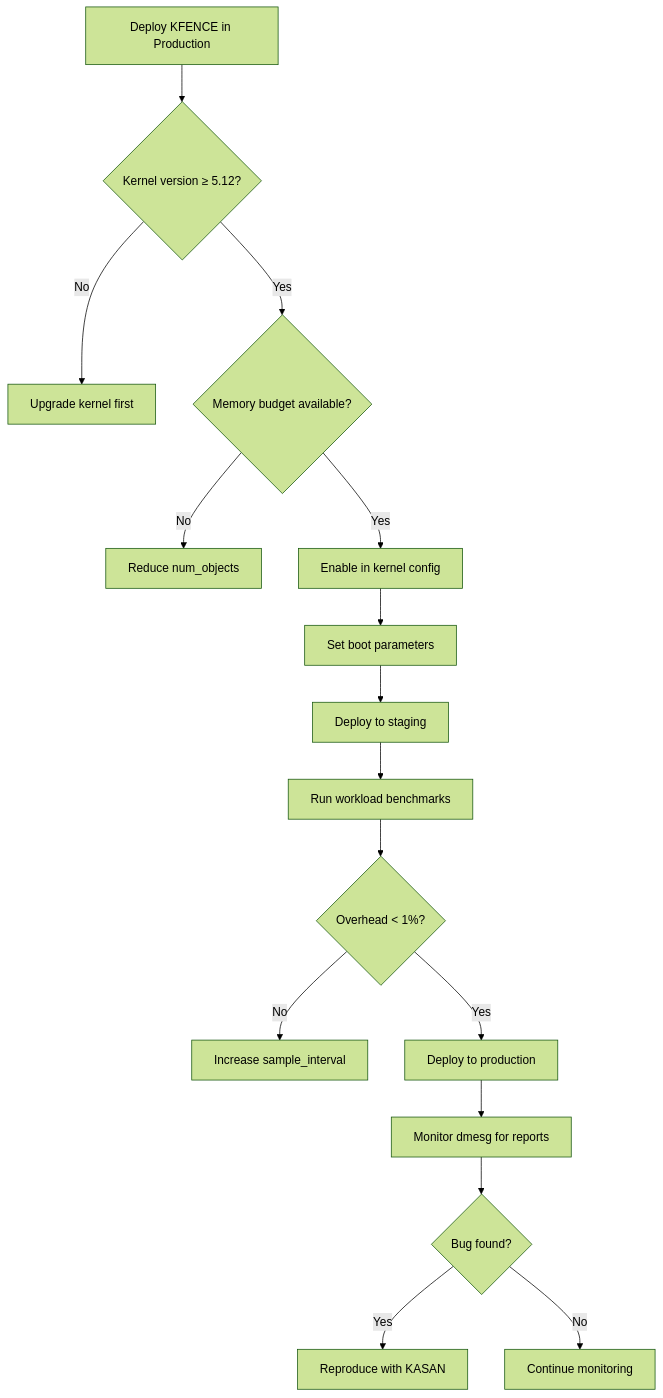
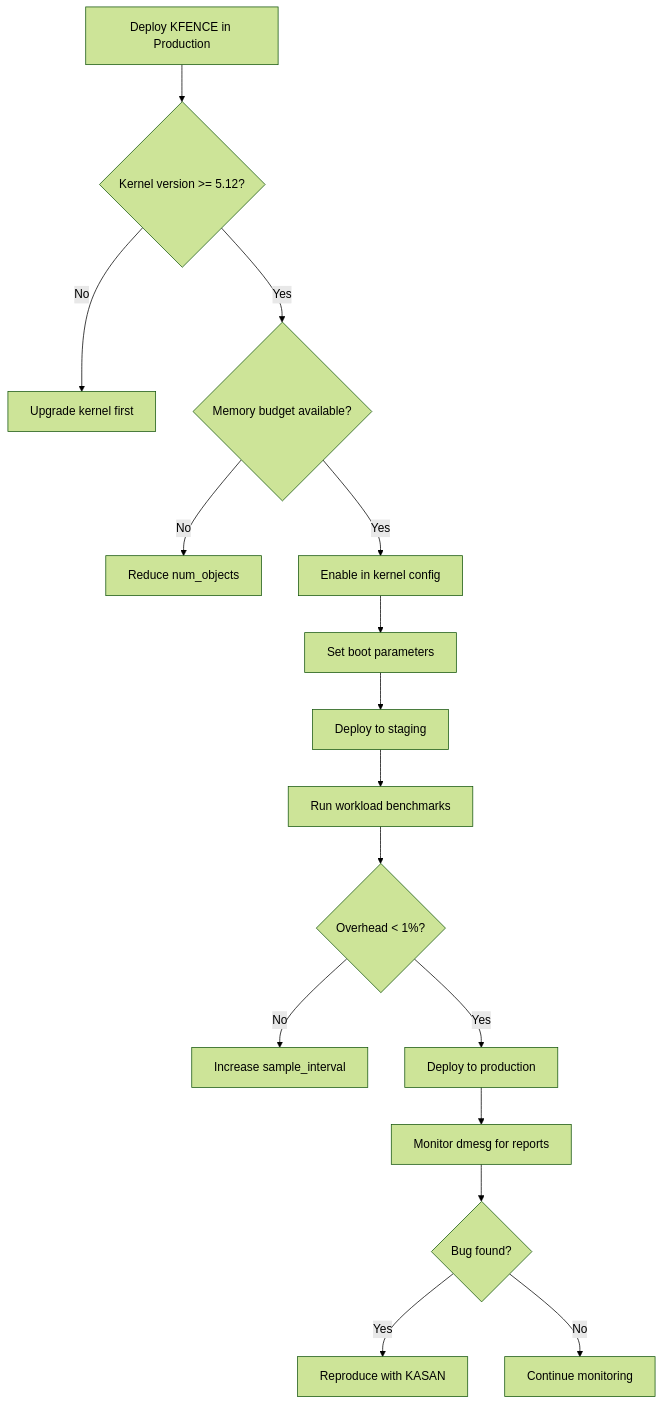
One commit to Abhinav-Kumar012/lb2 changed the fourth of 5 diagrams in src/debugging/kfence.md. Above: the diagram before and after it, drawn with Mermaid (forest theme). The commit also changed 1 other file, not shown here.

Commit message:
fix: mermaid syntax - containers/debugging/embedded/foundations/admin/build/compilers

````diff
--- a/src/debugging/kfence.md
+++ b/src/debugging/kfence.md
@@ -490,18 +490,18 @@
 ```mermaid
 flowchart TD
-    A["Deploy KFENCE in Production"] --> B{"Kernel version ≥ 5.12?"}
+    A["Deploy KFENCE in Production"] --> B{"Kernel version >= 5.12?"}
     B -->|No| C["Upgrade kernel first"]
     B -->|Yes| D{"Memory budget available?"}
     D -->|No| E["Reduce num_objects"]
     D -->|Yes| F["Enable in kernel config"]
     F --> G["Set boot parameters"]
     G --> H["Deploy to staging"]
     H --> I["Run workload benchmarks"]
     I --> J{"Overhead < 1%?"}
     J -->|No| K["Increase sample_interval"]
     J -->|Yes| L["Deploy to production"]
     L --> M["Monitor dmesg for reports"]
     M --> N{"Bug found?"}
     N -->|Yes| O["Reproduce with KASAN"]
     N -->|No| P["Continue monitoring"]
 ```
````
